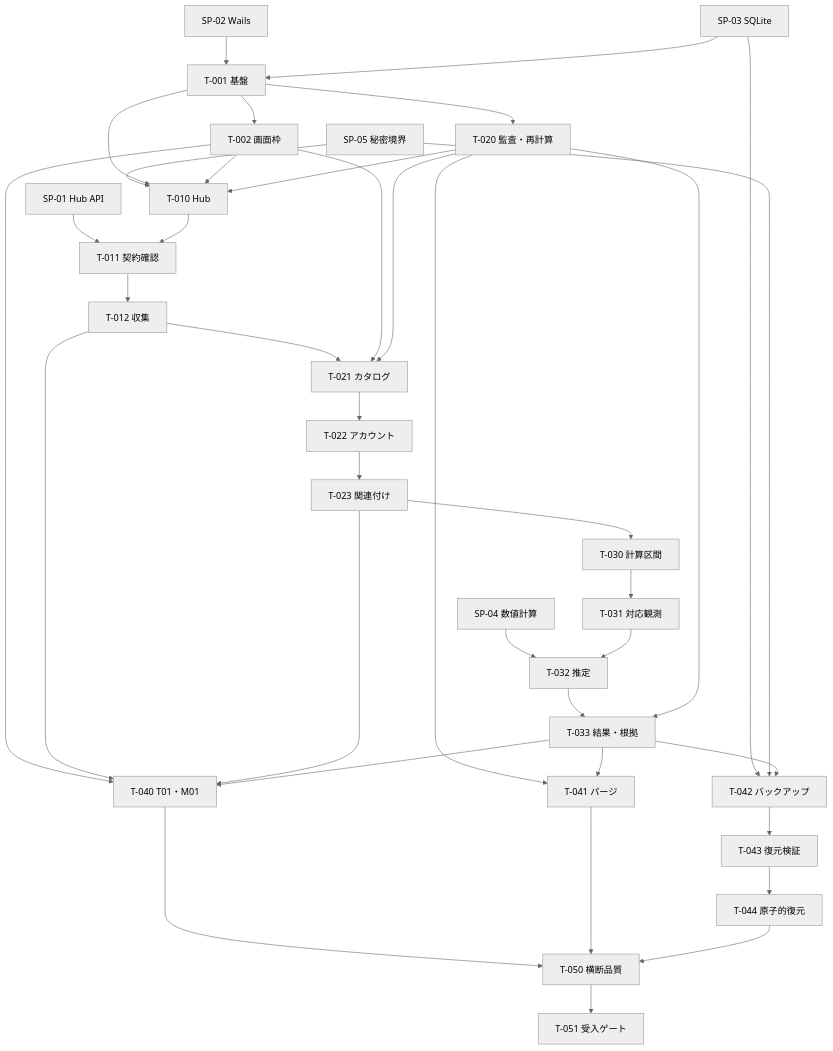
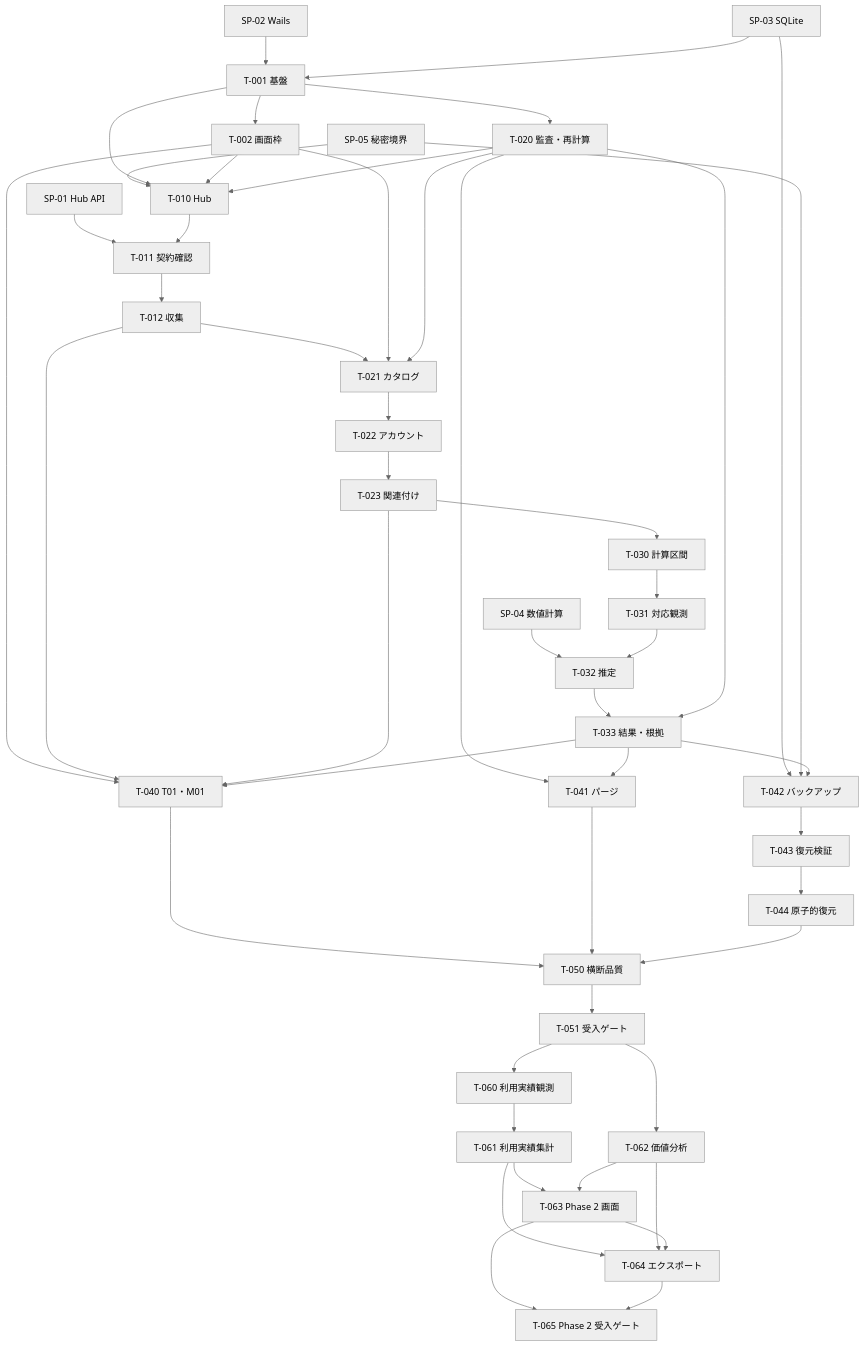
The diagram in PLAN.md (nuitsjp/token-monitor-analytics), drawn with Mermaid (neutral theme) before and after one commit. The commit also changed other lines of this file and 108 other files, not shown here.

````diff
--- a/PLAN.md
+++ b/PLAN.md
@@ -174,41 +195,51 @@
 ```mermaid
 flowchart TD
   S1[SP-01 Hub API] --> C1[T-011 契約確認]
   S2[SP-02 Wails] --> F1[T-001 基盤]
   S3[SP-03 SQLite] --> F1
   S4[SP-04 数値計算] --> E3[T-032 推定]
   S5[SP-05 秘密境界] --> H1[T-010 Hub]
 
   F1 --> UI[T-002 画面枠]
   F1 --> H1
   F1 --> A0[T-020 監査・再計算]
   UI --> H1
   A0 --> H1
   H1 --> C1 --> C2[T-012 収集]
   C2 --> D1[T-021 カタログ]
   UI --> D1
   A0 --> D1
   D1 --> D2[T-022 アカウント]
   D2 --> D3[T-023 関連付け]
   D3 --> E1[T-030 計算区間]
   E1 --> E2[T-031 対応観測]
   E2 --> E3
   E3 --> E4[T-033 結果・根拠]
   A0 --> E4
 
   UI --> O1[T-040 T01・M01]
   C2 --> O1
   D3 --> O1
   E4 --> O1
   A0 --> P[T-041 パージ]
   E4 --> P
   S3 --> B[T-042 バックアップ]
   S5 --> B
   E4 --> B
   B --> R1[T-043 復元検証]
   R1 --> R2[T-044 原子的復元]
   O1 --> Q[T-050 横断品質]
   P --> Q
   R2 --> Q
   Q --> G[T-051 受入ゲート]
+  G --> U0[T-060 利用実績観測]
+  G --> V0[T-062 価値分析]
+  U0 --> U1[T-061 利用実績集計]
+  U1 --> U2[T-063 Phase 2 画面]
+  V0 --> U2
+  U1 --> X[T-064 エクスポート]
+  V0 --> X
+  U2 --> X
+  U2 --> G2[T-065 Phase 2 受入ゲート]
+  X --> G2
 ```
````
